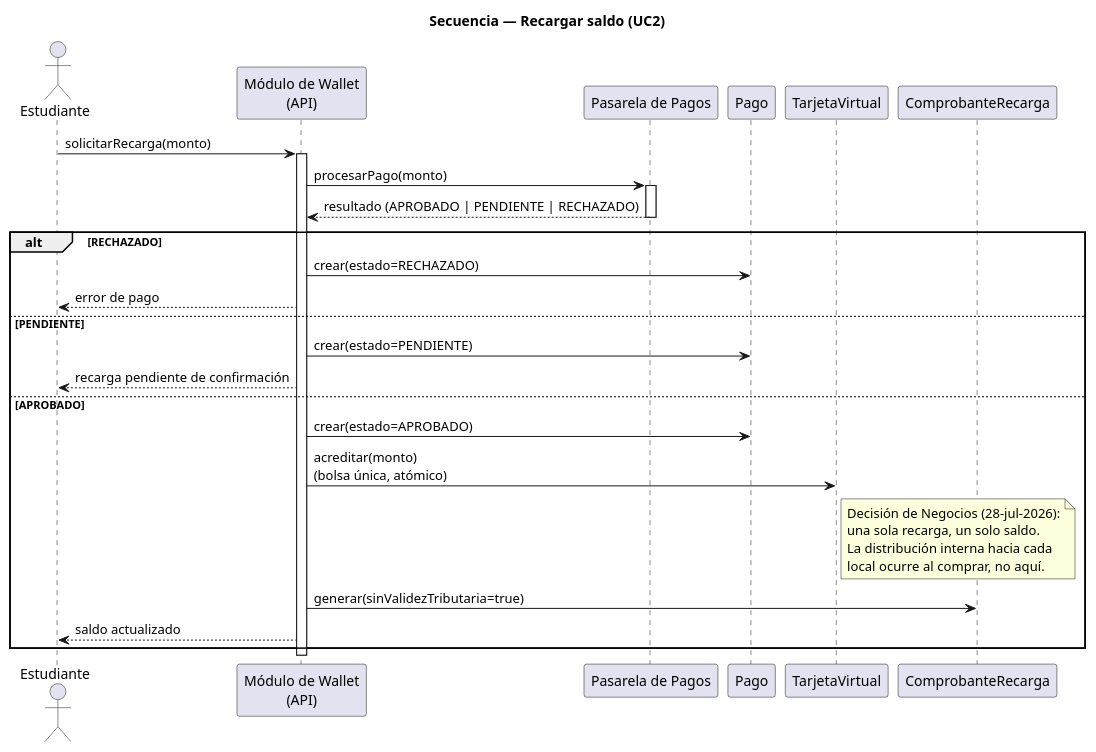
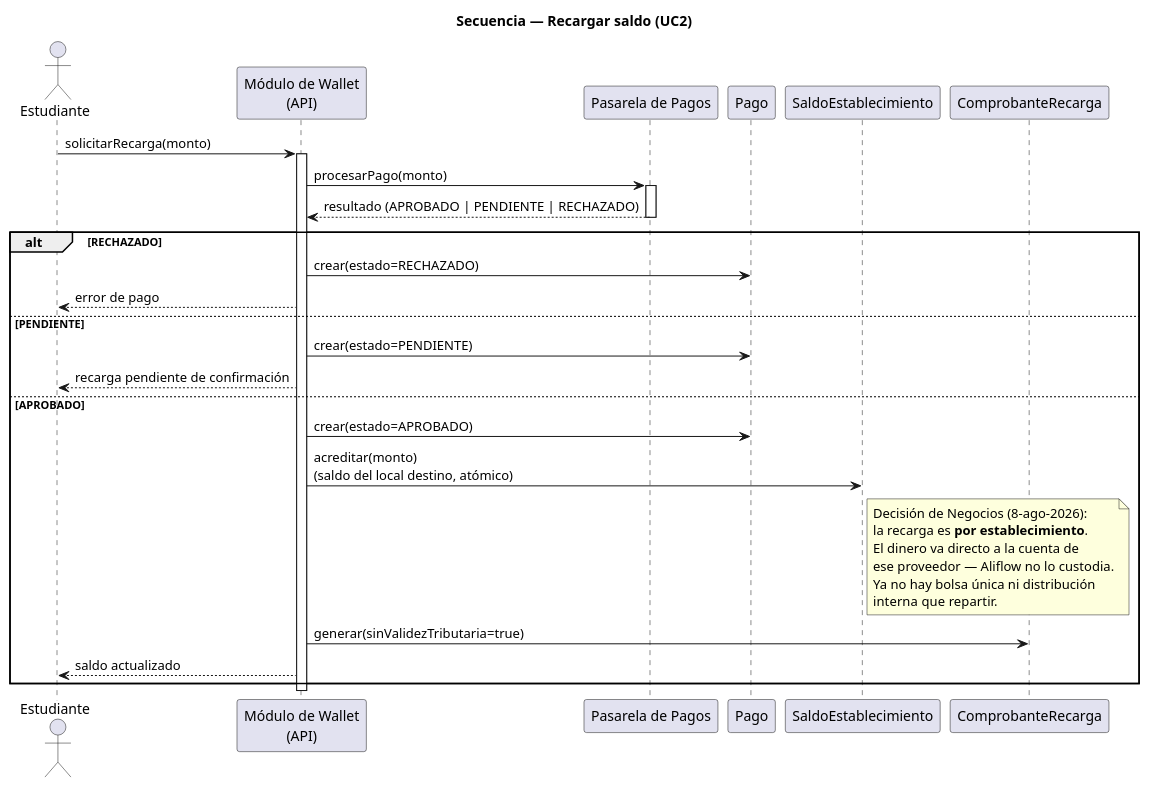
One commit to Jesus-JB/aliflow changed the diagram in uml/secuencia-recarga-saldo.puml. Above: the diagram before and after it, drawn with PlantUML. The commit also changed 31 other files, not shown here.

```diff
--- a/uml/secuencia-recarga-saldo.puml
+++ b/uml/secuencia-recarga-saldo.puml
@@ -1,41 +1,43 @@
 @startuml secuencia-recarga-saldo-aliflow
 
 title Secuencia — Recargar saldo (UC2)
 
 actor Estudiante
 participant "Módulo de Wallet\n(API)" as API
 participant "Pasarela de Pagos" as Pasarela
 participant "Pago" as Pago
-participant "TarjetaVirtual" as Tarjeta
+participant "SaldoEstablecimiento" as Saldo
 participant "ComprobanteRecarga" as Comp
 
 Estudiante -> API : solicitarRecarga(monto)
 activate API
 
 API -> Pasarela : procesarPago(monto)
 activate Pasarela
 Pasarela --> API : resultado (APROBADO | PENDIENTE | RECHAZADO)
 deactivate Pasarela
 
 alt RECHAZADO
   API -> Pago : crear(estado=RECHAZADO)
   API --> Estudiante : error de pago
 else PENDIENTE
   API -> Pago : crear(estado=PENDIENTE)
   API --> Estudiante : recarga pendiente de confirmación
 else APROBADO
   API -> Pago : crear(estado=APROBADO)
-  API -> Tarjeta : acreditar(monto)\n(bolsa única, atómico)
-  note right of Tarjeta
-    Decisión de Negocios (28-jul-2026):
-    una sola recarga, un solo saldo.
-    La distribución interna hacia cada
-    local ocurre al comprar, no aquí.
+  API -> Saldo : acreditar(monto)\n(saldo del local destino, atómico)
+  note right of Saldo
+    Decisión de Negocios (8-ago-2026):
+    la recarga es **por establecimiento**.
+    El dinero va directo a la cuenta de
+    ese proveedor — Aliflow no lo custodia.
+    Ya no hay bolsa única ni distribución
+    interna que repartir.
   end note
   API -> Comp : generar(sinValidezTributaria=true)
   API --> Estudiante : saldo actualizado
 end
 
 deactivate API
 
 @enduml
```
